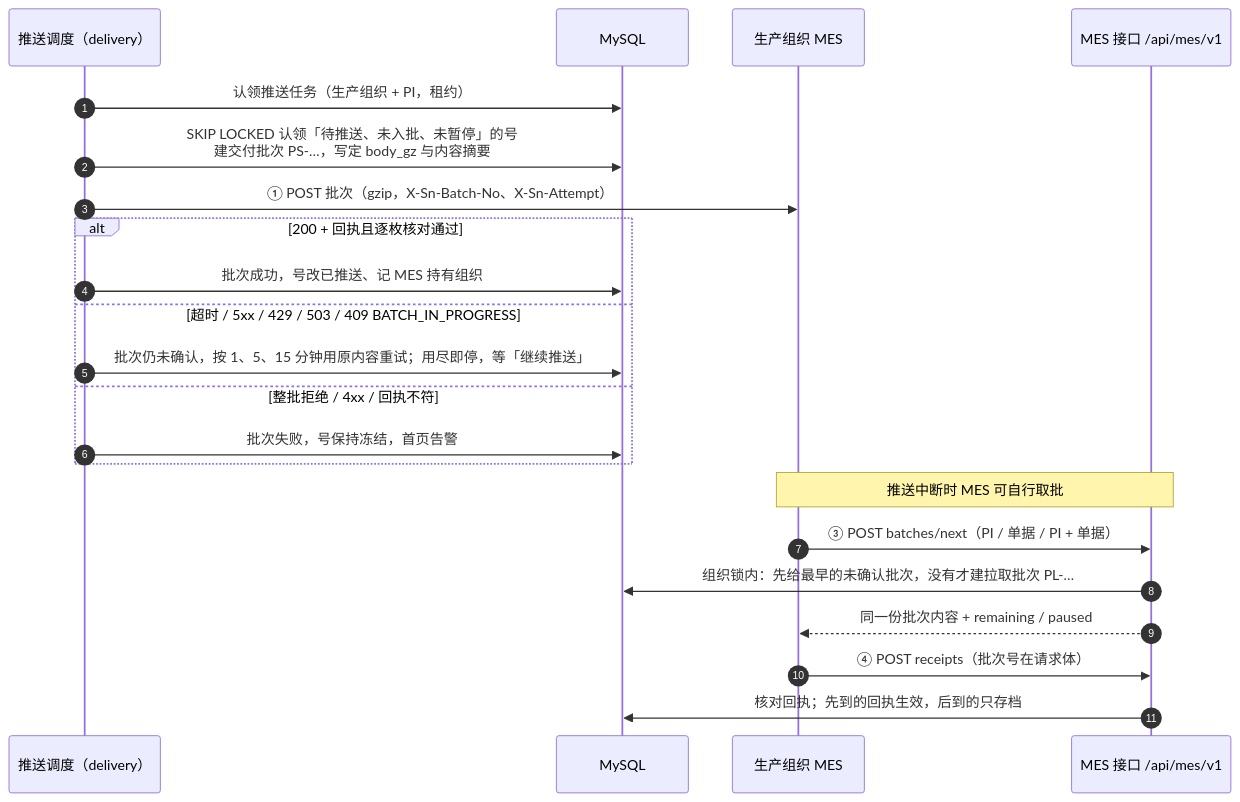
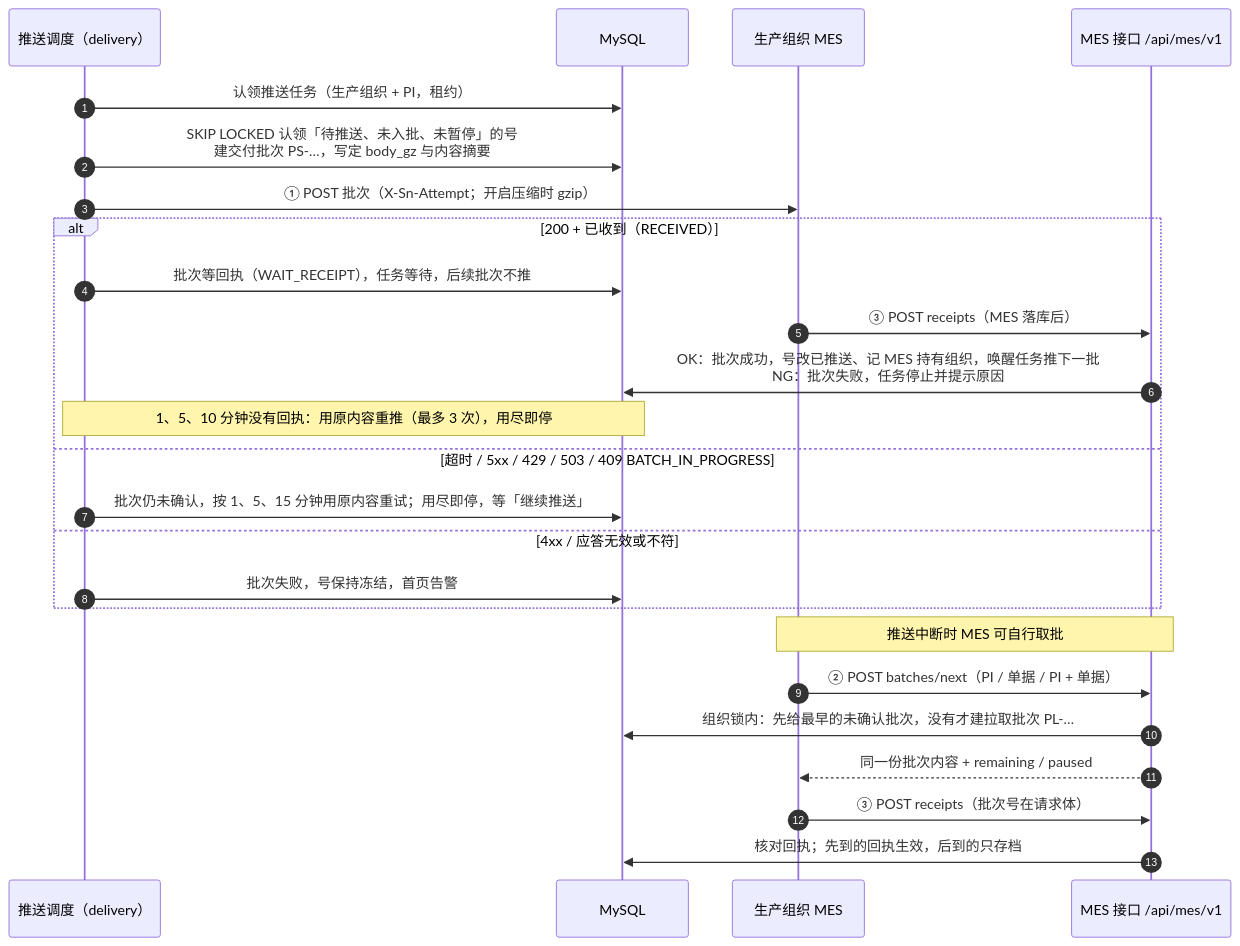
Before and after one commit to Createsnow/sn-center: the diagram in docs/images/系统技术方案/fig3-2-delivery-seq.mmd, drawn with Mermaid. The commit also changed 48 other files, not shown here.

```diff
--- a/docs/images/系统技术方案/fig3-2-delivery-seq.mmd
+++ b/docs/images/系统技术方案/fig3-2-delivery-seq.mmd
@@ -1,22 +1,25 @@
 sequenceDiagram
   autonumber
   participant T as 推送调度（delivery）
   participant D as MySQL
   participant M as 生产组织 MES
   participant API as MES 接口 /api/mes/v1
   T->>D: 认领推送任务（生产组织 + PI，租约）
   T->>D: SKIP LOCKED 认领「待推送、未入批、未暂停」的号<br/>建交付批次 PS-…，写定 body_gz 与内容摘要
-  T->>M: ① POST 批次（gzip，X-Sn-Batch-No、X-Sn-Attempt）
-  alt 200 + 回执且逐枚核对通过
-    T->>D: 批次成功，号改已推送、记 MES 持有组织
+  T->>M: ① POST 批次（X-Sn-Attempt；开启压缩时 gzip）
+  alt 200 + 已收到（RECEIVED）
+    T->>D: 批次等回执（WAIT_RECEIPT），任务等待，后续批次不推
+    M->>API: ③ POST receipts（MES 落库后）
+    API->>D: OK：批次成功，号改已推送、记 MES 持有组织，唤醒任务推下一批<br/>NG：批次失败，任务停止并提示原因
+    Note over T,D: 1、5、10 分钟没有回执：用原内容重推（最多 3 次），用尽即停
   else 超时 / 5xx / 429 / 503 / 409 BATCH_IN_PROGRESS
     T->>D: 批次仍未确认，按 1、5、15 分钟用原内容重试；用尽即停，等「继续推送」
-  else 整批拒绝 / 4xx / 回执不符
+  else 4xx / 应答无效或不符
     T->>D: 批次失败，号保持冻结，首页告警
   end
   Note over M,API: 推送中断时 MES 可自行取批
-  M->>API: ③ POST batches/next（PI / 单据 / PI + 单据）
+  M->>API: ② POST batches/next（PI / 单据 / PI + 单据）
   API->>D: 组织锁内：先给最早的未确认批次，没有才建拉取批次 PL-…
   API-->>M: 同一份批次内容 + remaining / paused
-  M->>API: ④ POST receipts（批次号在请求体）
+  M->>API: ③ POST receipts（批次号在请求体）
   API->>D: 核对回执；先到的回执生效，后到的只存档
```
